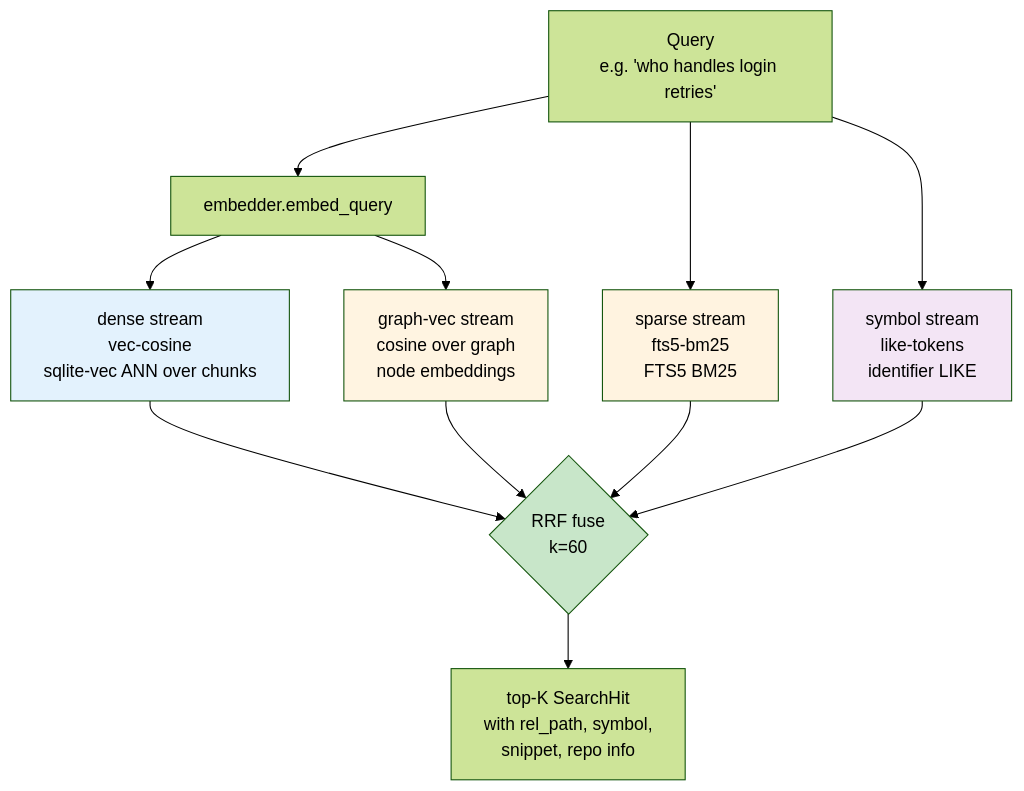
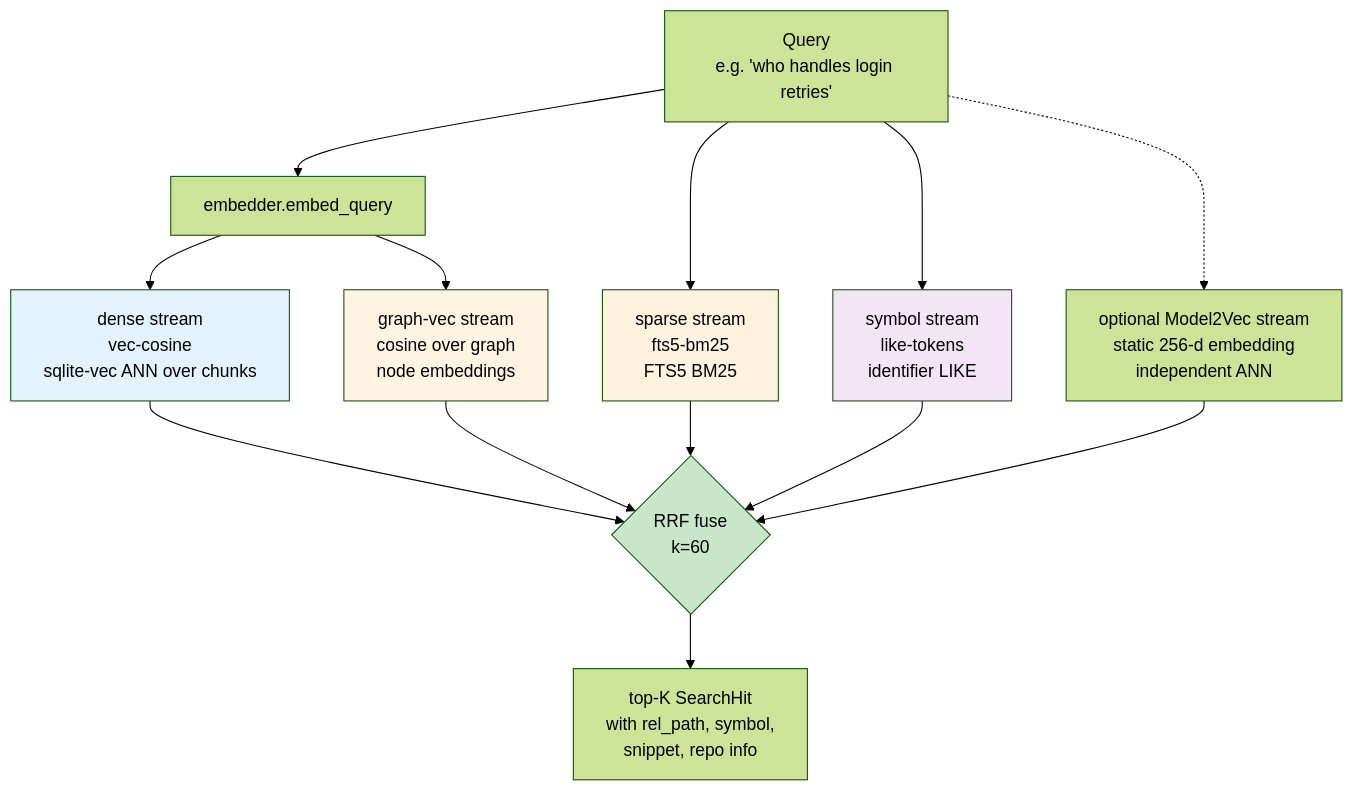
One commit to JF3Env/stropha changed the second of 5 diagrams in README.md. Above: the diagram before and after it, drawn with Mermaid (forest theme). The commit also changed other lines of this file and 38 other files, not shown here.

````diff
--- a/README.md
+++ b/README.md
@@ -199,20 +202,22 @@
 ```mermaid
 flowchart TB
     Q["Query<br/>e.g. 'who handles login retries'"]
     Q --> EMB[embedder.embed_query]
     EMB --> D[dense stream<br/>vec-cosine<br/>sqlite-vec ANN over chunks]
     Q --> B[sparse stream<br/>fts5-bm25<br/>FTS5 BM25]
     Q --> SYM[symbol stream<br/>like-tokens<br/>identifier LIKE]
     EMB --> GV[graph-vec stream<br/>cosine over graph<br/>node embeddings]
+    Q -.-> M2V[optional Model2Vec stream<br/>static 256-d embedding<br/>independent ANN]
     D --> RRF{RRF fuse<br/>k=60}
     B --> RRF
     SYM --> RRF
     GV --> RRF
+    M2V --> RRF
     RRF --> TOP["top-K SearchHit<br/>with rel_path, symbol,<br/>snippet, repo info"]
 
     style D fill:#e3f2fd
     style B fill:#fff3e0
     style SYM fill:#f3e5f5
     style GV fill:#fff4e1
     style RRF fill:#c8e6c9
 ```
````
